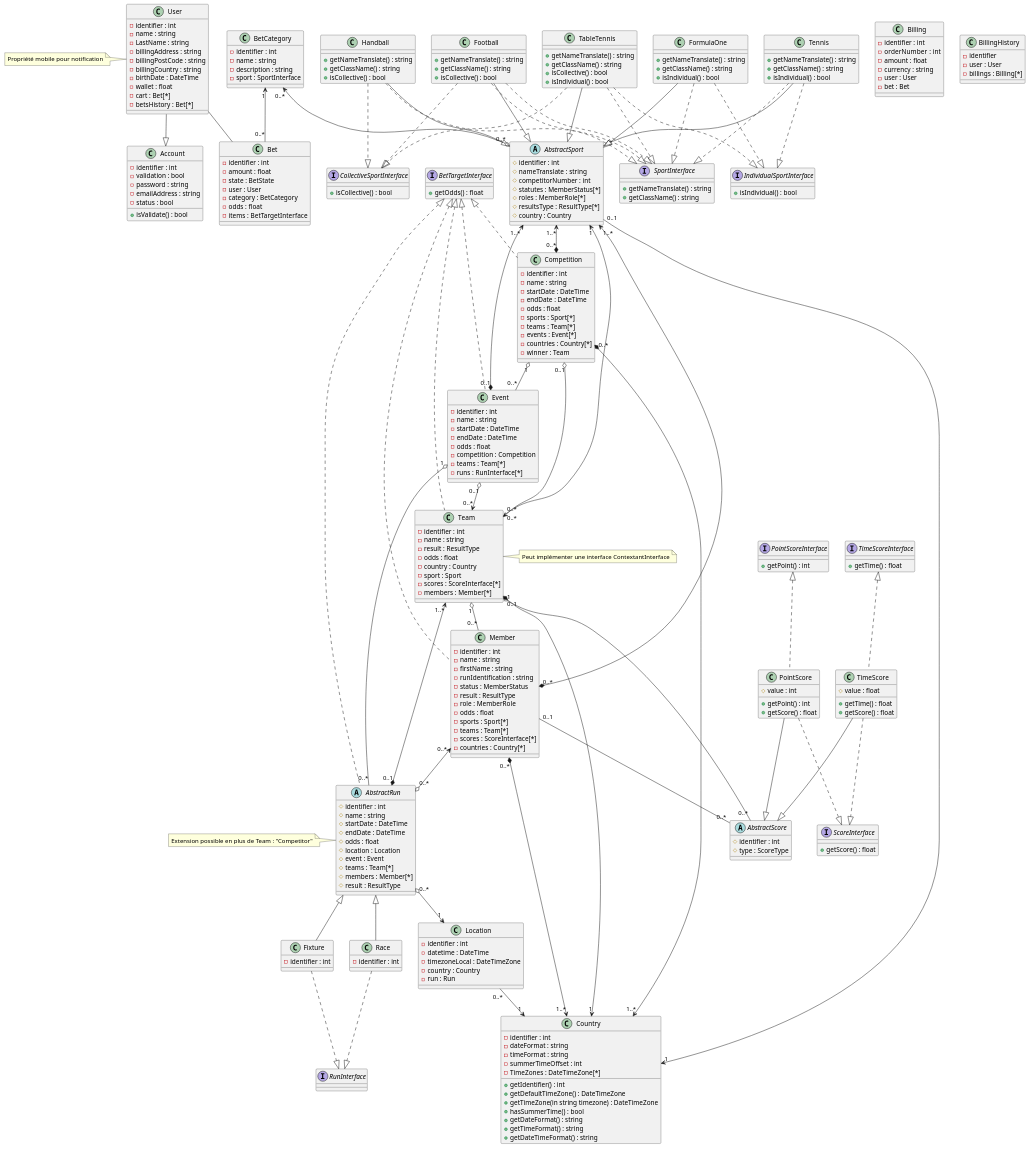
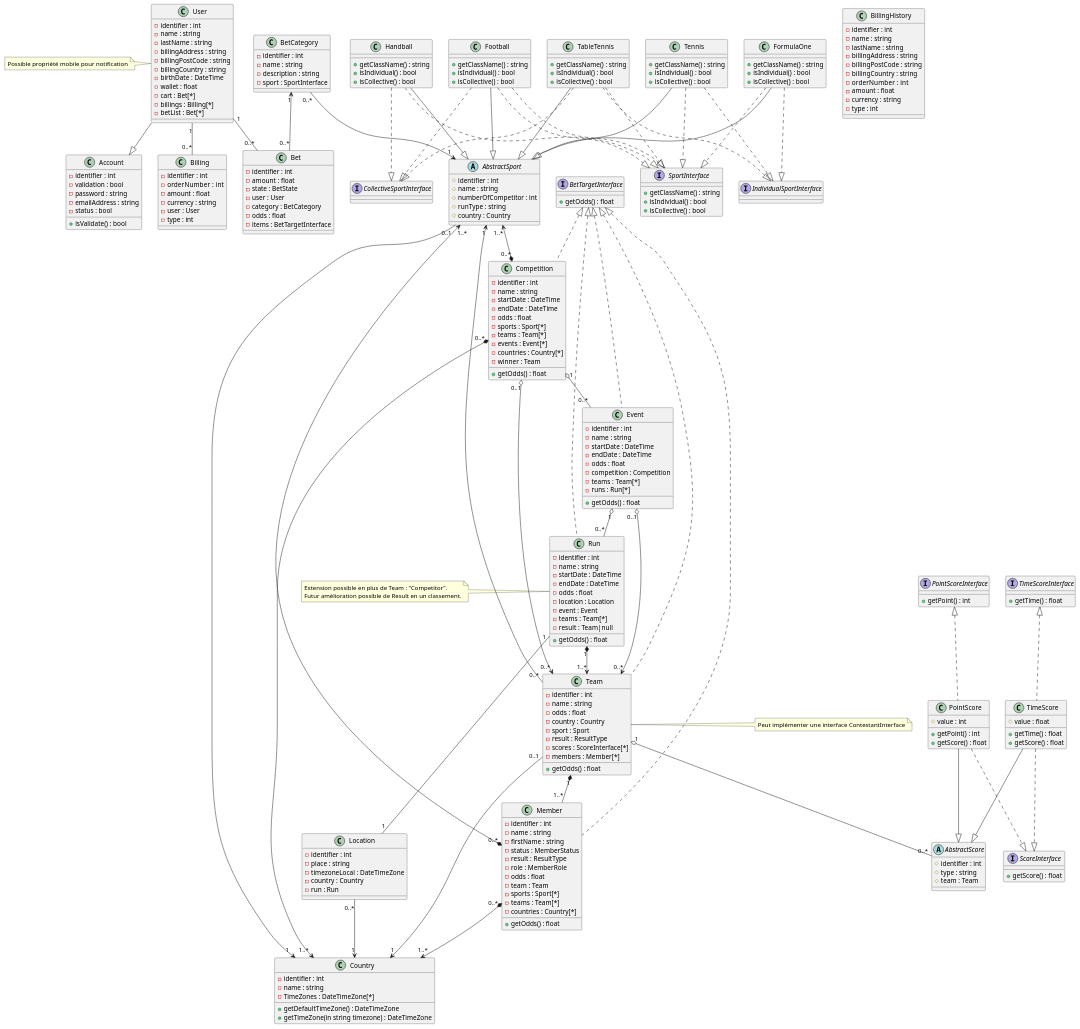
One commit to OFP-CDA-Mulhouse-2020/parisportif5 changed the diagram in Diagramme_de_classe.puml. Above: the diagram before and after it, drawn with PlantUML.

Commit message:
2020-11-10 - #3 - Correction du diagramme de classe

```diff
--- a/Diagramme_de_classe.puml
+++ b/Diagramme_de_classe.puml
@@ -3,37 +3,29 @@
 'plantuml
 'Relations :
     User --|> Account
-    'User "1" -- "1" BillingHistory
-    'BillingHistory "1" o-- "0..*" Billing
     BetCategory "1" <-- "0..*" Bet
-    User -- Bet
-
-    BetCategory "0..*" <--o "0..*" AbstractSport
+    User "1" -- "0..*" Bet
+    BetCategory "0..*" --> "1" AbstractSport
     AbstractSport "1..*" <--* "0..*" Competition
     Country "1..*" <--* "0..*" Competition
     Competition "1" o-- "0..*" Event
-    Event "1" o-- "0..*" AbstractRun
-    AbstractRun "0..*" o--> "1" Location
+    Event "1" o-- "0..*" Run
+    Run "1" -- "1" Location
     Team "1" o-- "0..*" AbstractScore
-    AbstractRun "0..1" *--> "1..*" Team
-    Team "1" o-- "0..*" Member
-    Country "1" <--* "0..1" Team
+    Run "1" *--> "1..*" Team
+    Team "1" *-- "1..*" Member
+    Country "1" <-- "0..1" Team
     Competition "0..1" o--> "0..*" Team
     Event "0..1" o--> "0..*" Team
-    Member "0..1" -- "0..*" AbstractScore
     AbstractSport "0..1" --> "1" Country
-    Event "0..1" *--> "1..*" AbstractSport
     Team "0..*" --> "1" AbstractSport
     Member "0..*" *--> "1..*" AbstractSport
     Member "0..*" *--> "1..*" Country
     Location "0..*" --> "1" Country
-    Member "0..*" <--o "0..*" AbstractRun
-
-    AbstractRun <|-- Race
-    AbstractRun <|-- Fixture
+    User "1" -- "0..*" Billing
     BetTargetInterface <|.. Competition
     BetTargetInterface <|.. Event
-    BetTargetInterface <|.. AbstractRun
+    BetTargetInterface <|.. Run
     BetTargetInterface <|.. Team
     BetTargetInterface <|.. Member
     PointScoreInterface <|.. PointScore
@@ -42,7 +34,6 @@
     PointScore --|> AbstractScore
     TimeScore ..|> ScoreInterface
     PointScore ..|> ScoreInterface
-
     Football ..|> SportInterface
     Football ..|> SportInterface
     Handball ..|> SportInterface
@@ -60,8 +51,6 @@
     FormulaOne  ..|> IndividualSportInterface
     TableTennis ..|> CollectiveSportInterface
     TableTennis ..|> IndividualSportInterface
-    Fixture ..|> RunInterface
-    Race ..|> RunInterface
 'Définitions des classes :
     'interface de généralisation pour les classes autorisé à être parié
     interface BetTargetInterface {
@@ -80,31 +69,38 @@
     class User {
         -identifier : int
         -name : string
-        -LastName : string
+        -lastName : string
         -billingAddress : string
         -billingPostCode : string
         -billingCountry : string
         -birthDate : DateTime
         -wallet : float
         -cart : Bet[*]
-        '-billingsHistory : BillingHistory
-        -betsHistory : Bet[*]
+        -billings : Billing[*]
+        -betList : Bet[*]
     }
-    note left : Propriété mobile pour notification
-    'Factures
+    note left : Possible propriété mobile pour notification
+    'Factures (type=débit ou crédit)
     class Billing {
         -identifier : int
         -orderNumber  : int
         -amount : float
         -currency : string
         -user : User
-        -bet : Bet
+        -type : int
     }
-    'Historique des factures
+    'Historique des factures (type=débit ou crédit)
     class BillingHistory {
-        -identifier
-        -user : User
-        -billings : Billing[*]
+        -identifier : int
+        -name : string
+        -lastName : string
+        -billingAddress : string
+        -billingPostCode : string
+        -billingCountry : string
+        -orderNumber  : int
+        -amount : float
+        -currency : string
+        -type : int
     }
     'Un paris
     class Bet {
@@ -126,71 +122,62 @@
     'Lieu de la rencontre/course
     class Location {
         -identifier : int
-        -datetime : DateTime
+        -place : string
         -timezoneLocal : DateTimeZone
         -country : Country
         -run : Run
     }
-    'Sport pratiqué
+    'Sport pratiqué (runtype = fixture, race)
     abstract class AbstractSport {
         #identifier : int
-        #nameTranslate : string
-        #competitorNumber : int
-        #statutes : MemberStatus[*]
-        #roles : MemberRole[*]
-        #resultsType : ResultType[*]
+        #name : string
+        #numberOfCompetitor : int
+        #runType : string
         #country : Country
     }
+    'interface de généralisation pour un Sport
     interface SportInterface {
-        +getNameTranslate() : string
         +getClassName() : string
-    }
-    interface IndividualSportInterface {
         +isIndividual() : bool
-    }
-    interface CollectiveSportInterface {
         +isCollective() : bool
     }
+    'interface pour différencier sport individuel
+    interface IndividualSportInterface
+    'interface pour différencier sport collectif
+    interface CollectiveSportInterface
+    'Liste de sports
     class Football {
-        +getNameTranslate() : string
         +getClassName() : string
+        +isIndividual() : bool
         +isCollective() : bool
     }
     class Handball {
-        +getNameTranslate() : string
         +getClassName() : string
+        +isIndividual() : bool
         +isCollective() : bool
     }
     class Tennis {
-        +getNameTranslate() : string
         +getClassName() : string
         +isIndividual() : bool
+        +isCollective() : bool
     }
     class FormulaOne {
-        +getNameTranslate() : string
         +getClassName() : string
         +isIndividual() : bool
+        +isCollective() : bool
     }
     class TableTennis {
-        +getNameTranslate() : string
         +getClassName() : string
+        +isIndividual() : bool
         +isCollective() : bool
-        +isIndividual() : bool
     }
     'Pays du lieu de la rencontre/course
     class Country {
         -identifier : int
-        -dateFormat : string
-        -timeFormat : string
-        -summerTimeOffset : int
+        -name : string
         -TimeZones : DateTimeZone[*]
-        +getIdentifier() : int
         +getDefaultTimeZone() : DateTimeZone
         +getTimeZone(in string timezone) : DateTimeZone
-        +hasSummerTime() : bool
-        +getDateFormat() : string
-        +getTimeFormat() : string
-        +getDateTimeFormat() : string
     }
     'Compétition (JO, Ligue des Champions, F1 Championnat du monde)
     class Competition {
@@ -204,6 +191,7 @@
         -events : Event[*]
         -countries : Country[*]
         -winner : Team
+        +getOdds() : float
     }
     'Événement de la compétition (poul de qualification, Circuit F1 de france)
     class Event {
@@ -214,33 +202,26 @@
         -odds : float
         -competition : Competition
         -teams : Team[*]
-        -runs : RunInterface[*]
-        '-results : Result[*]
+        -runs : Run[*]
+        +getOdds() : float
     }
     'Classe mère global : Un match, une rencontre, une course
-    abstract class AbstractRun {
-        #identifier : int
-        #name : string
-        #startDate : DateTime
-        #endDate : DateTime
-        #odds : float
-        #location : Location
-        #event : Event
-        #teams : Team[*]
-        #members : Member[*]
-        #result : ResultType
+    class Run {
+        -identifier : int
+        -name : string
+        -startDate : DateTime
+        -endDate : DateTime
+        -odds : float
+        -location : Location
+        -event : Event
+        -teams : Team[*]
+        -result : Team|null
+        +getOdds() : float
     }
-    note left: Extension possible en plus de Team : "Competitor" 
-    'interface
-    interface RunInterface
-    'Course
-    class Race {
-        -identifier : int
-    }
-    'Rencontre
-    class Fixture {
-        -identifier : int
-    }
+    note left of Run
+    Extension possible en plus de Team : "Competitor".
+    Futur amélioration possible de Result en un classement.
+    end note
     'interface pour Score en temps
     interface TimeScoreInterface {
         +getTime() : float
@@ -253,12 +234,11 @@
     interface ScoreInterface {
         +getScore() : float
     }
-    'Type de Score (par période, par match, par course, par saison pour team, par épreuve pour team)
-    'class ScoreType
     'Score de l'équipe ou du membre de l'équipe
     abstract class AbstractScore {
         #identifier : int
-        #type : ScoreType
+        #type : string
+        #team : Team
     }
     'Score en temps
     class TimeScore {
@@ -277,27 +257,28 @@
         -identifier : int
         -name : string
         -firstName : string
-        -runIdentification : string
         -status : MemberStatus
         -result : ResultType
         -role : MemberRole
         -odds : float
+        -team : Team
         -sports : Sport[*]
         -teams : Team[*]
-        -scores : ScoreInterface[*]
         -countries : Country[*]
+        +getOdds() : float
     }
     'Équipes qui participe à une rencontre, à une course
     class Team {
         -identifier : int
         -name : string
-        -result : ResultType
         -odds : float
         -country : Country
         -sport : Sport
+        -result : ResultType
         -scores : ScoreInterface[*]
         -members : Member[*]
+        +getOdds() : float
     }
-    note right: Peut implémenter une interface ContextantInterface
+    note right: Peut implémenter une interface ContestantInterface
 
 @enduml
```
